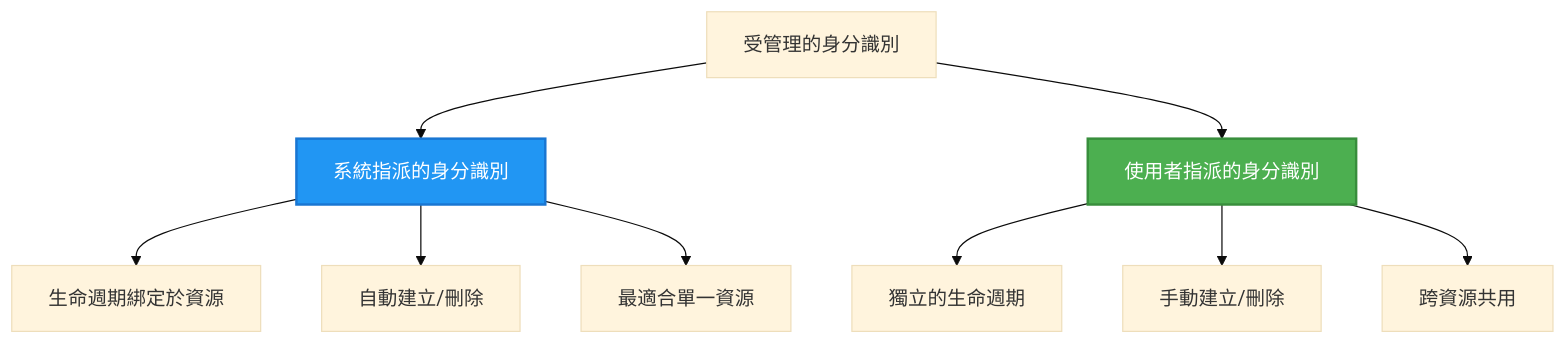
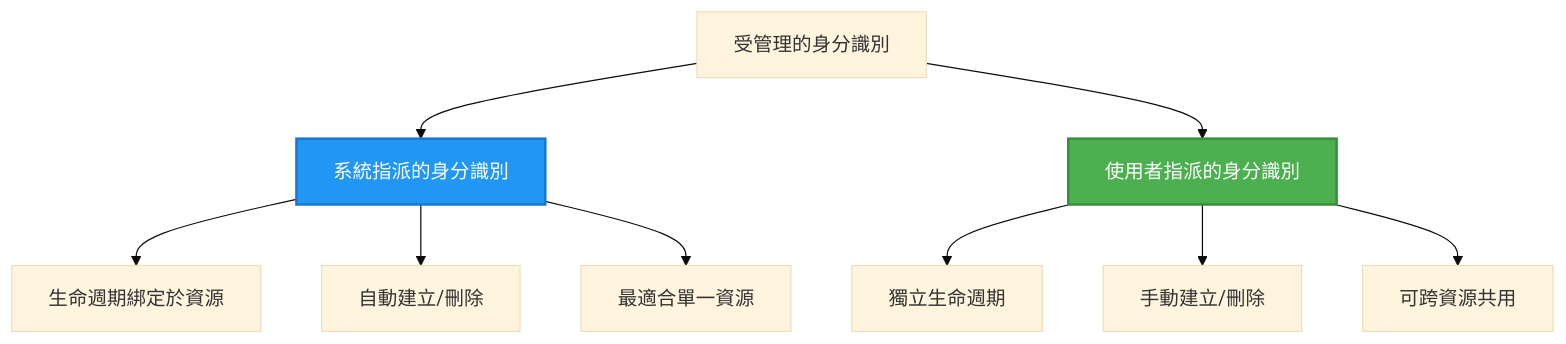
Before and after one commit to microsoft/AZD-for-beginners: the second of 2 diagrams in translations/zh-TW/docs/chapter-03-configuration/authsecurity.md, drawn with Mermaid (base theme). The commit also changed other lines of this file and 101 other files, not shown here.

````diff
--- a/translations/zh-TW/docs/chapter-03-configuration/authsecurity.md
+++ b/translations/zh-TW/docs/chapter-03-configuration/authsecurity.md
@@ -97,20 +97,20 @@
 ```mermaid
 graph TB
     MI[受管理的身分識別]
     SystemAssigned[系統指派的身分識別]
     UserAssigned[使用者指派的身分識別]
     
     MI --> SystemAssigned
     MI --> UserAssigned
     
     SystemAssigned --> SA1[生命週期綁定於資源]
     SystemAssigned --> SA2[自動建立/刪除]
     SystemAssigned --> SA3[最適合單一資源]
     
-    UserAssigned --> UA1[獨立的生命週期]
+    UserAssigned --> UA1[獨立生命週期]
     UserAssigned --> UA2[手動建立/刪除]
-    UserAssigned --> UA3[跨資源共用]
+    UserAssigned --> UA3[可跨資源共用]
     
     style SystemAssigned fill:#2196F3,stroke:#1976D2,stroke-width:2px,color:#fff
     style UserAssigned fill:#4CAF50,stroke:#388E3C,stroke-width:2px,color:#fff
 ```
````
